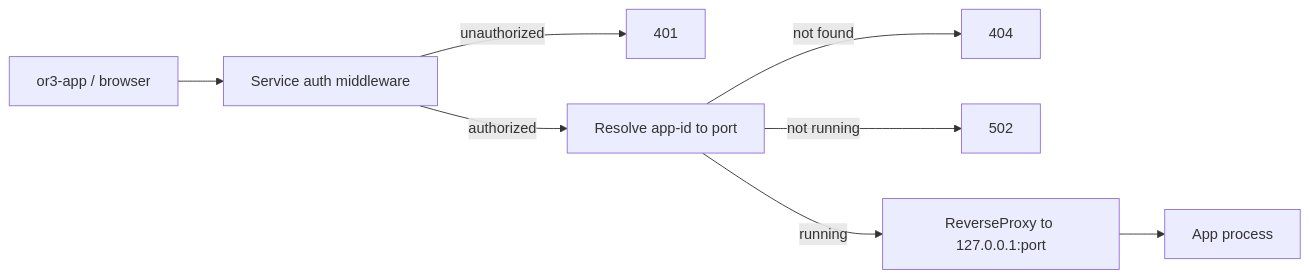
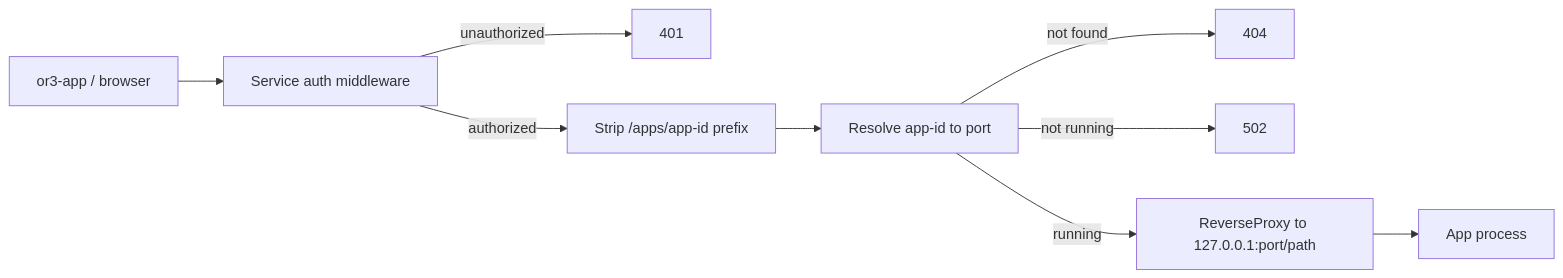
Before and after one commit to Saluana/or3-intern: the third of 3 diagrams in planning/mini-apps/design.md, drawn with Mermaid. The commit also changed other lines of this file and 2 other files, not shown here.

First line of the commit message:
feat(mini-apps): enhance configuration and schema for mini apps

````diff
--- a/planning/mini-apps/design.md
+++ b/planning/mini-apps/design.md
@@ -100,10 +200,11 @@
 ```mermaid
 flowchart LR
     Browser[or3-app / browser] --> Auth[Service auth middleware]
     Auth -->|unauthorized| Reject[401]
-    Auth -->|authorized| Resolve[Resolve app-id to port]
+    Auth -->|authorized| Strip[Strip /apps/app-id prefix]
+    Strip --> Resolve[Resolve app-id to port]
     Resolve -->|not found| NotFound[404]
     Resolve -->|not running| BadGateway[502]
-    Resolve -->|running| Proxy[ReverseProxy to 127.0.0.1:port]
+    Resolve -->|running| Proxy[ReverseProxy to 127.0.0.1:port/path]
     Proxy --> App[App process]
 ```
````
